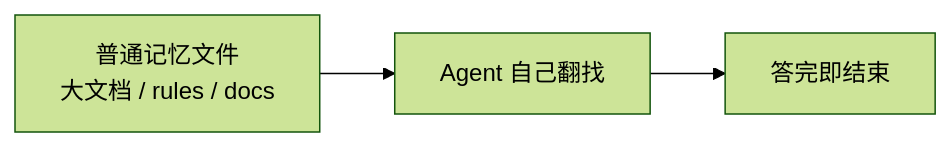
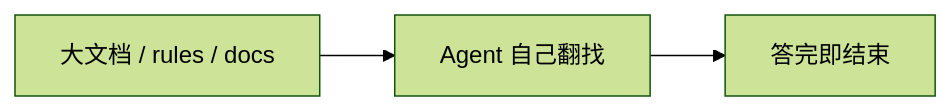
The third of 4 diagrams in docs/Flow2Spec基础介绍.md (Lands-1203/Flow2Spec), drawn with Mermaid (forest theme) before and after one commit. The commit also changed other lines of this file and 1 other file, not shown here.

````diff
--- a/docs/Flow2Spec基础介绍.md
+++ b/docs/Flow2Spec基础介绍.md
@@ -454,4 +439,4 @@
 ```mermaid
 flowchart LR
-  L1[普通记忆文件<br/>大文档 / rules / docs] --> L2[Agent 自己翻找] --> L3[答完即结束]
+ L1["大文档 / rules / docs"] --> L2["Agent 自己翻找"] --> L3["答完即结束"]
 ```
````
